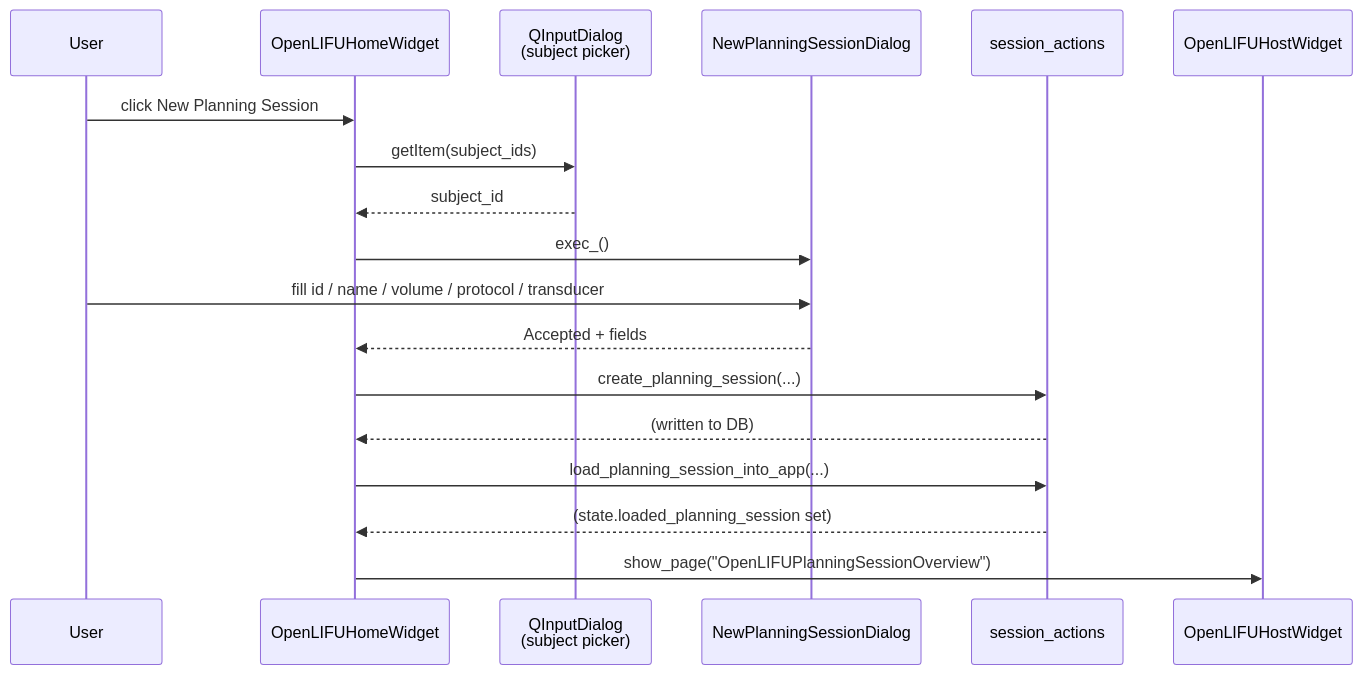
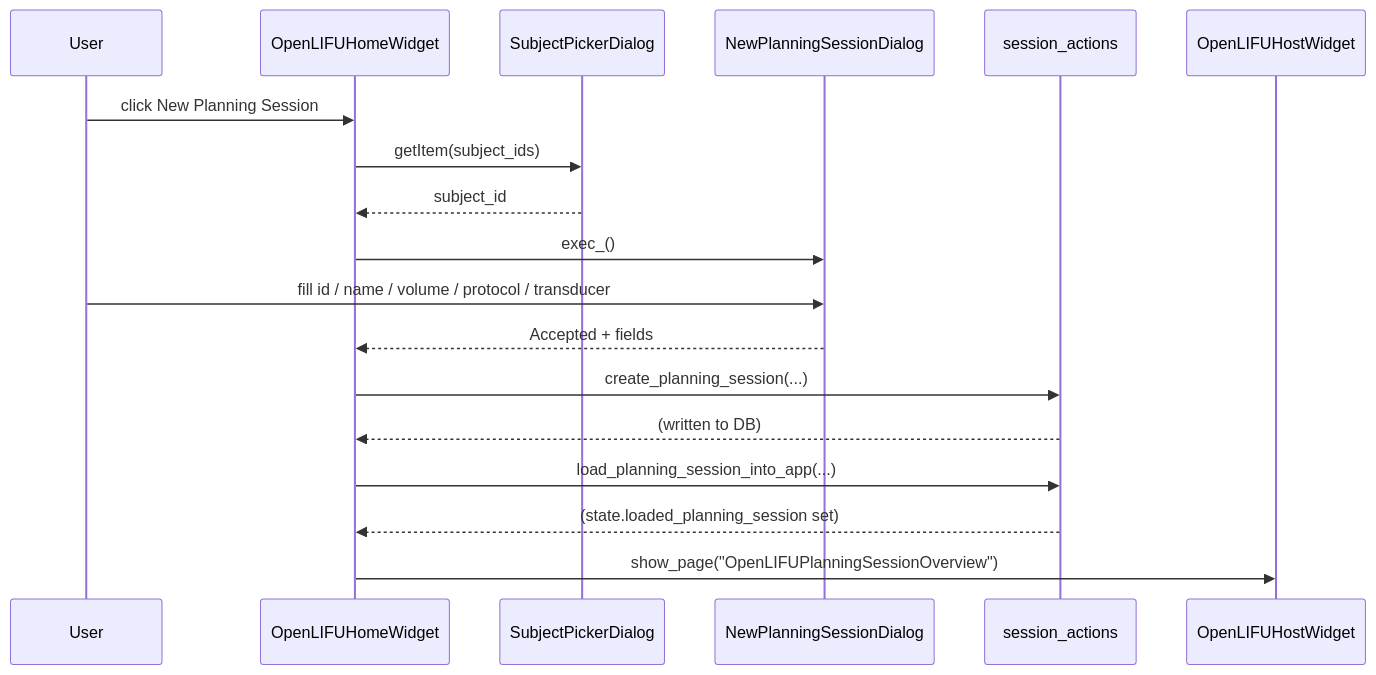
Before and after one commit to OpenwaterHealth/SlicerOpenLIFU: the third of 3 diagrams in docs/pages/home.md, drawn with Mermaid. The commit also changed other lines of this file and 2 other files, not shown here.

First line of the commit message:
Home: replace QInputDialog subject picker with a dedicated dialog (#635)

````diff
--- a/docs/pages/home.md
+++ b/docs/pages/home.md
@@ -122,21 +122,21 @@
 ```mermaid
 sequenceDiagram
     participant User
     participant Home as OpenLIFUHomeWidget
-    participant Subject as QInputDialog<br/>(subject picker)
+    participant Subject as SubjectPickerDialog
     participant Dialog as NewPlanningSessionDialog
     participant SA as session_actions
     participant Host as OpenLIFUHostWidget
 
     User->>Home: click New Planning Session
     Home->>Subject: getItem(subject_ids)
     Subject-->>Home: subject_id
     Home->>Dialog: exec_()
     User->>Dialog: fill id / name / volume / protocol / transducer
     Dialog-->>Home: Accepted + fields
     Home->>SA: create_planning_session(...)
     SA-->>Home: (written to DB)
     Home->>SA: load_planning_session_into_app(...)
     SA-->>Home: (state.loaded_planning_session set)
     Home->>Host: show_page("OpenLIFUPlanningSessionOverview")
 ```
````
